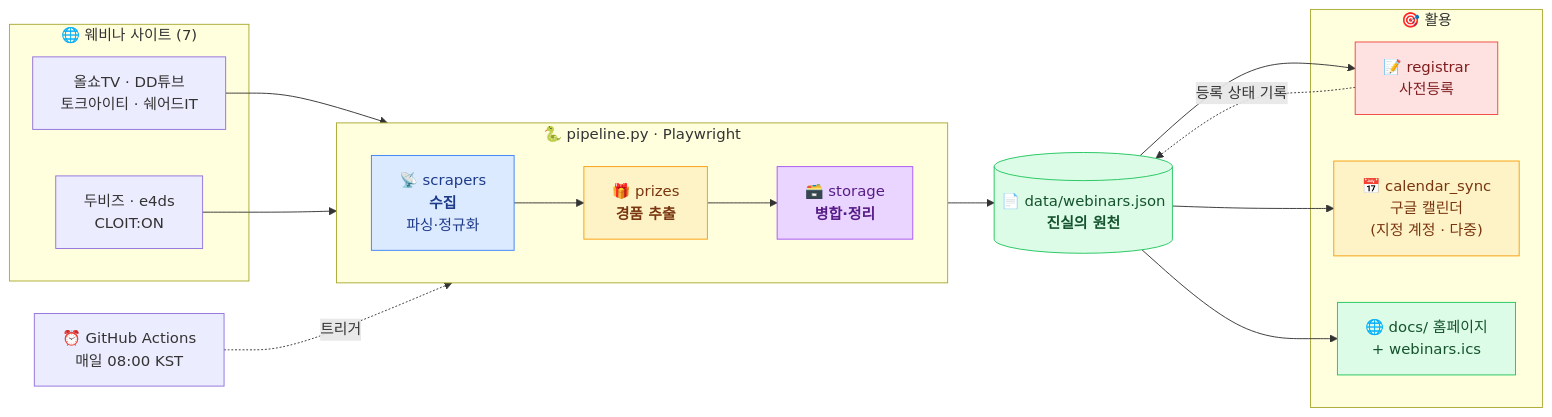
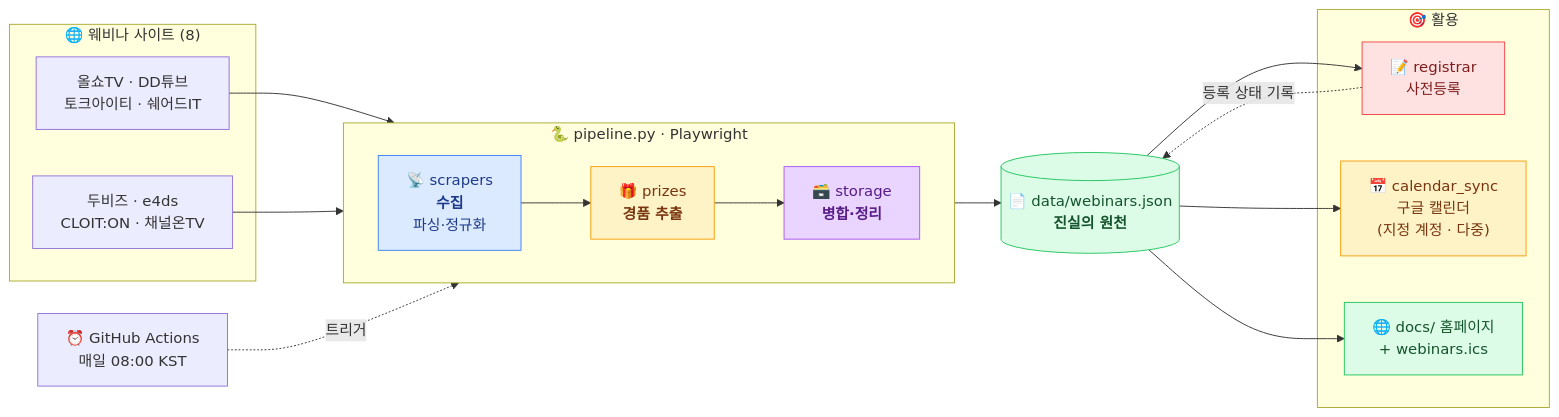
One commit to leemgs/webinar changed the first of 2 diagrams in README.md. Above: the diagram before and after it, drawn with Mermaid. The commit also changed other lines of this file and 6 other files, not shown here.

````diff
--- a/README.md
+++ b/README.md
@@ -14,40 +14,40 @@
 ```mermaid
 flowchart LR
-    subgraph SRC["🌐 웨비나 사이트 (7)"]
+    subgraph SRC["🌐 웨비나 사이트 (8)"]
         S1["올쇼TV · DD튜브<br/>토크아이티 · 쉐어드IT"]
-        S2["두비즈 · e4ds<br/>CLOIT:ON"]
+        S2["두비즈 · e4ds<br/>CLOIT:ON · 채널온TV"]
     end
 
     subgraph PIPE["🐍 pipeline.py · Playwright"]
         direction LR
         SC["📡 scrapers<br/><b>수집</b><br/>파싱·정규화"]
         PR["🎁 prizes<br/><b>경품 추출</b>"]
         MG["🗃️ storage<br/><b>병합·정리</b>"]
         SC --> PR --> MG
     end
 
     DB[("📄 data/webinars.json<br/><b>진실의 원천</b>")]
 
     subgraph OUT["🎯 활용"]
         RG["📝 registrar<br/>사전등록"]
         CAL["📅 calendar_sync<br/>구글 캘린더<br/>(지정 계정 · 다중)"]
         WEB["🌐 docs/ 홈페이지<br/>+ webinars.ics"]
     end
 
     S1 --> SC
     S2 --> SC
     MG --> DB
     DB --> RG
     DB --> CAL
     DB --> WEB
     RG -. "등록 상태 기록" .-> DB
     CRON["⏰ GitHub Actions<br/>매일 08:00 KST"] -. "트리거" .-> PIPE
 
     style SC fill:#dbeafe,stroke:#3b82f6,color:#1e3a8a
     style PR fill:#fef3c7,stroke:#f59e0b,color:#78350f
     style MG fill:#e9d5ff,stroke:#a855f7,color:#581c87
     style DB fill:#dcfce7,stroke:#22c55e,color:#14532d
     style WEB fill:#dcfce7,stroke:#22c55e,color:#14532d
     style RG fill:#fee2e2,stroke:#ef4444,color:#7f1d1d
     style CAL fill:#fef3c7,stroke:#f59e0b,color:#78350f
 ```
````
